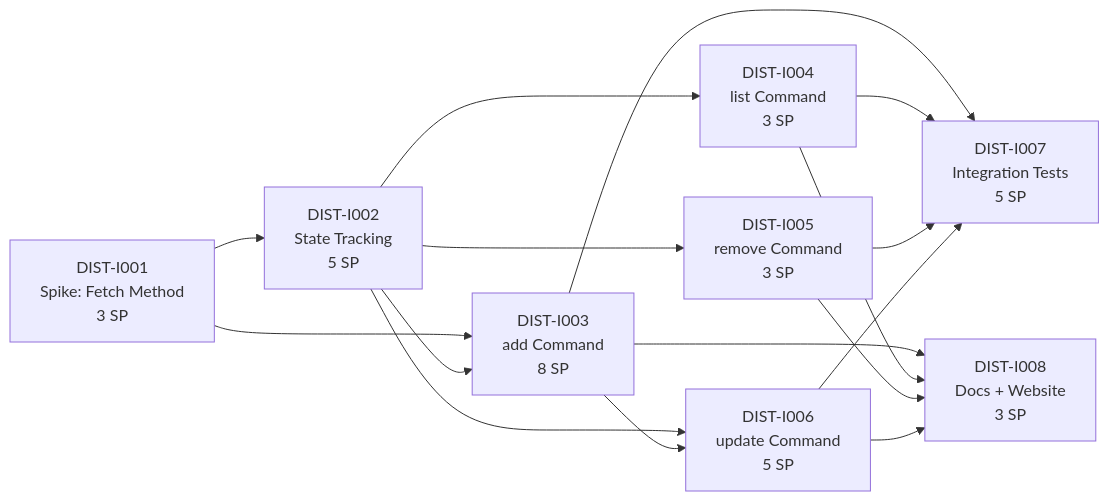
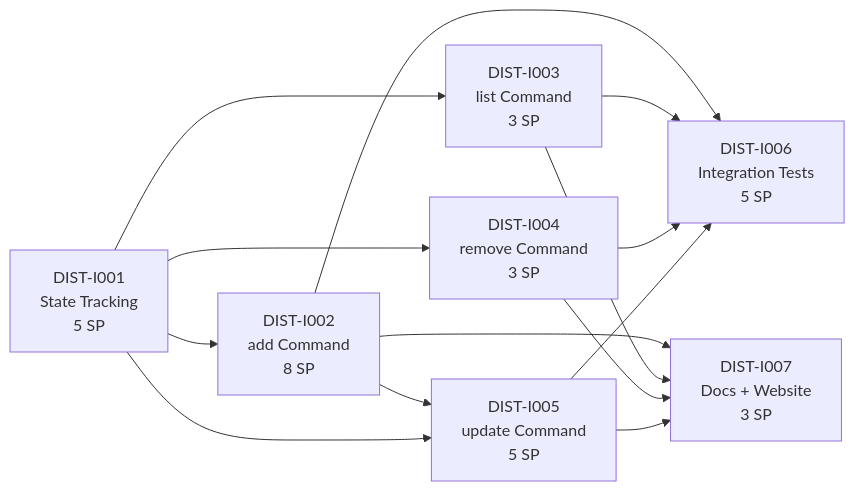
The diagram in .constitution/tasks/critical-path.md (Tuvren/skillprism), drawn with Mermaid before and after one commit. The commit also changed other lines of this file and 9 other files, not shown here.

````diff
--- a/.constitution/tasks/critical-path.md
+++ b/.constitution/tasks/critical-path.md
@@ -22,27 +22,24 @@
 ```mermaid
 flowchart LR
-    I001[DIST-I001<br/>Spike: Fetch Method<br/>3 SP]
-    I002[DIST-I002<br/>State Tracking<br/>5 SP]
-    I003[DIST-I003<br/>add Command<br/>8 SP]
-    I004[DIST-I004<br/>list Command<br/>3 SP]
-    I005[DIST-I005<br/>remove Command<br/>3 SP]
-    I006[DIST-I006<br/>update Command<br/>5 SP]
-    I007[DIST-I007<br/>Integration Tests<br/>5 SP]
-    I008[DIST-I008<br/>Docs + Website<br/>3 SP]
+    I001[DIST-I001<br/>State Tracking<br/>5 SP]
+    I002[DIST-I002<br/>add Command<br/>8 SP]
+    I003[DIST-I003<br/>list Command<br/>3 SP]
+    I004[DIST-I004<br/>remove Command<br/>3 SP]
+    I005[DIST-I005<br/>update Command<br/>5 SP]
+    I006[DIST-I006<br/>Integration Tests<br/>5 SP]
+    I007[DIST-I007<br/>Docs + Website<br/>3 SP]
 
     I001 --> I002
     I001 --> I003
-    I002 --> I003
-    I002 --> I004
+    I001 --> I004
     I002 --> I005
+    I001 --> I005
     I002 --> I006
     I003 --> I006
+    I004 --> I006
+    I005 --> I006
+    I002 --> I007
     I003 --> I007
     I004 --> I007
     I005 --> I007
-    I006 --> I007
-    I003 --> I008
-    I004 --> I008
-    I005 --> I008
-    I006 --> I008
 ```
````
